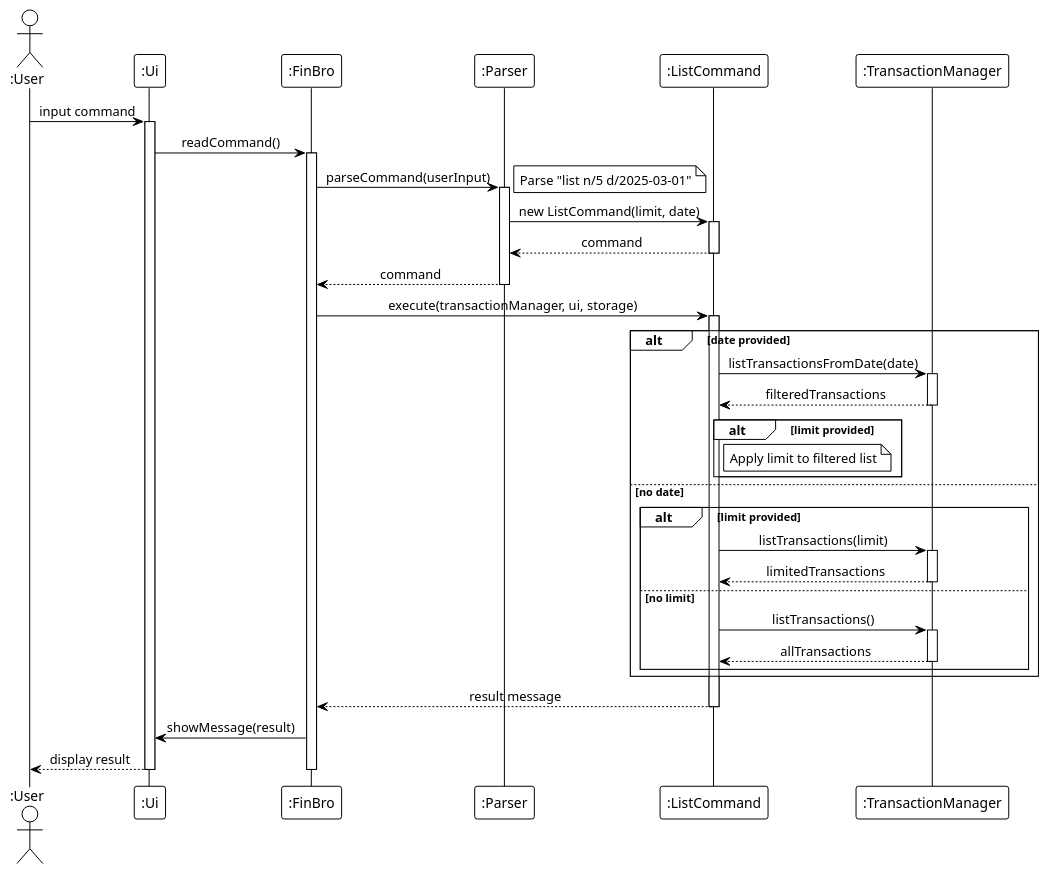
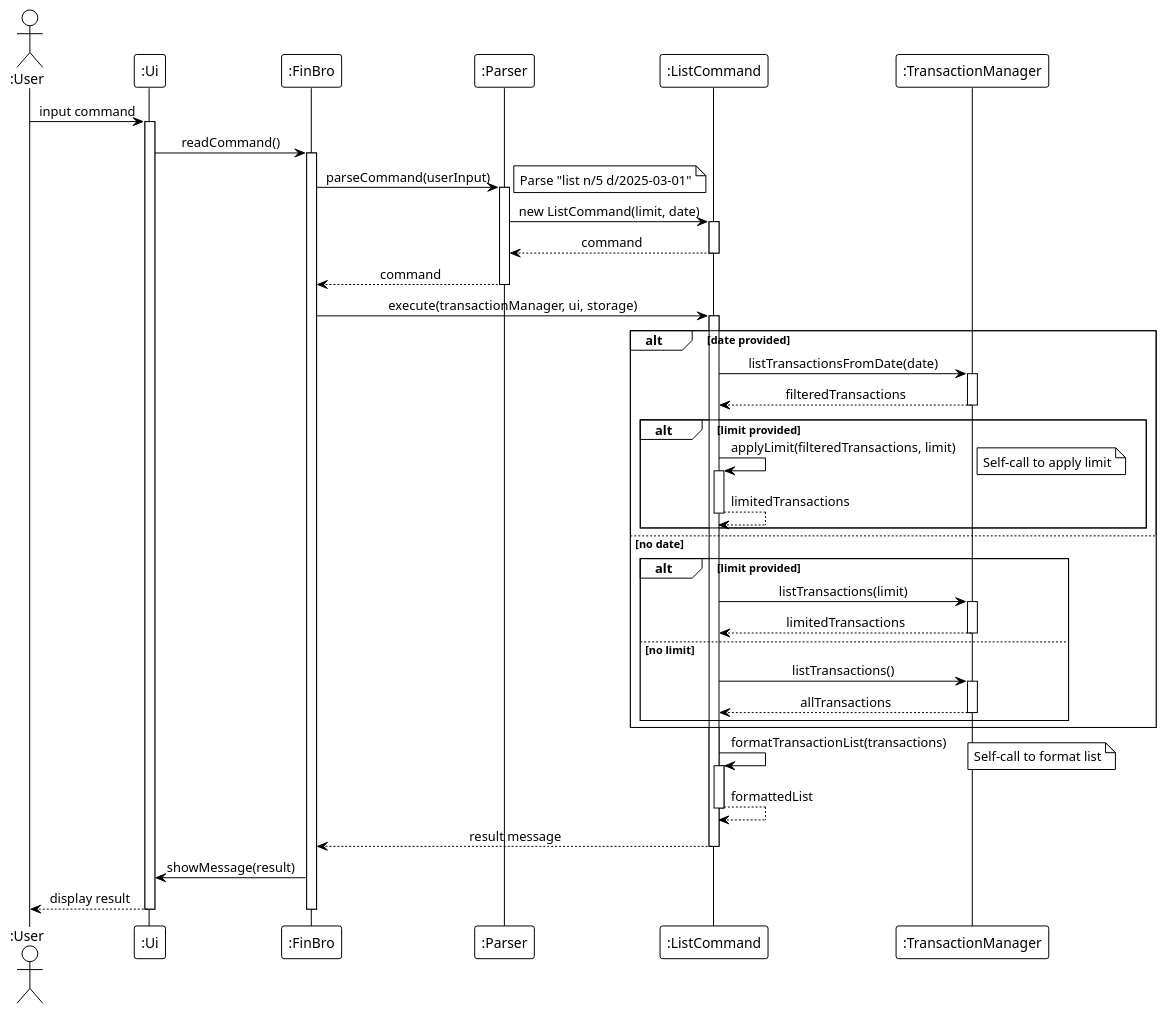
Diagram 18 of 20 in docs/DeveloperGuide.md (laitcanard05/tp), drawn with PlantUML before and after one commit. The commit also changed other lines of this file, not shown here.

Commit message:
Fix self-call issues

````diff
--- a/docs/DeveloperGuide.md
+++ b/docs/DeveloperGuide.md
@@ -1553,66 +1571,76 @@
 ```puml
 @startuml
 !theme plain
 skinparam sequenceMessageAlign center
 skinparam responseMessageBelowArrow true
 
 actor ":User" as User
 participant ":Ui" as UI
 participant ":FinBro" as FinBro
 participant ":Parser" as Parser
 participant ":ListCommand" as ListCommand
 participant ":TransactionManager" as TransactionMgr
 
 User -> UI : input command
 activate UI
 
 UI -> FinBro : readCommand()
 activate FinBro
 
 FinBro -> Parser : parseCommand(userInput)
 activate Parser
 note right: Parse "list n/5 d/2025-03-01"
 
 Parser -> ListCommand : new ListCommand(limit, date)
 activate ListCommand
 ListCommand --> Parser : command
 deactivate ListCommand
 Parser --> FinBro : command
 deactivate Parser
 
 FinBro -> ListCommand : execute(transactionManager, ui, storage)
 activate ListCommand
 
 alt date provided
     ListCommand -> TransactionMgr : listTransactionsFromDate(date)
     activate TransactionMgr
     TransactionMgr --> ListCommand : filteredTransactions
     deactivate TransactionMgr
 
     alt limit provided
-        note right of ListCommand: Apply limit to filtered list
+        ListCommand -> ListCommand : applyLimit(filteredTransactions, limit)
+        activate ListCommand
+        note right: Self-call to apply limit
+        ListCommand --> ListCommand : limitedTransactions
+        deactivate ListCommand
     end
 else no date
     alt limit provided
         ListCommand -> TransactionMgr : listTransactions(limit)
         activate TransactionMgr
         TransactionMgr --> ListCommand : limitedTransactions
         deactivate TransactionMgr
     else no limit
         ListCommand -> TransactionMgr : listTransactions()
         activate TransactionMgr
         TransactionMgr --> ListCommand : allTransactions
         deactivate TransactionMgr
     end
 end
 
+ListCommand -> ListCommand : formatTransactionList(transactions)
+activate ListCommand
+note right: Self-call to format list
+ListCommand --> ListCommand : formattedList
+deactivate ListCommand
+
 ListCommand --> FinBro : result message
 deactivate ListCommand
 
 FinBro -> UI : showMessage(result)
 UI --> User : display result
 deactivate UI
 deactivate FinBro
 
 @enduml
 ```
````
